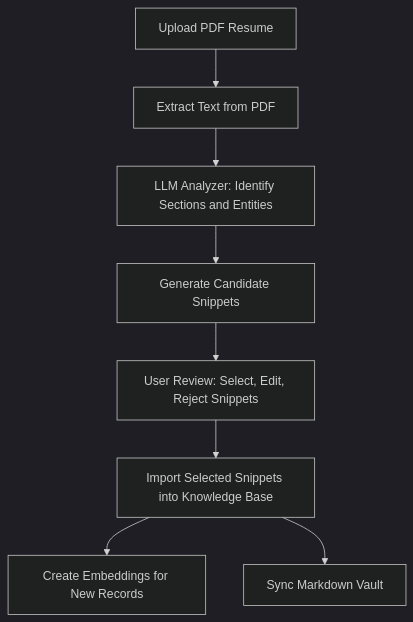
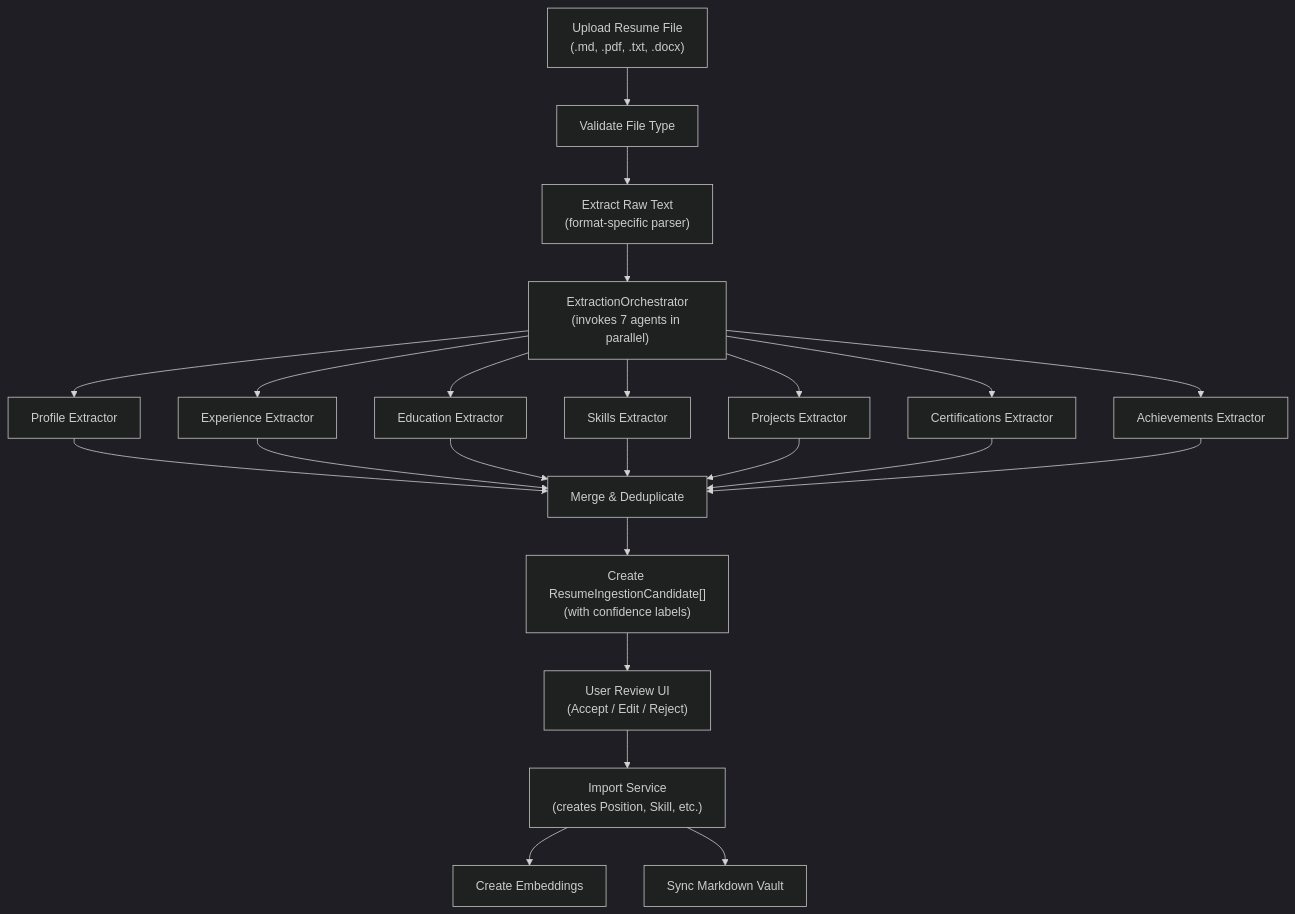
The third of 4 diagrams in docs/04-agent-workflows.md (solki/cv-master), drawn with Mermaid (dark theme) before and after one commit. The commit also changed other lines of this file and 14 other files, not shown here.

First line of the commit message:
fix/remediation-round-2: Resume ingestion — candidate review, LLM extraction design (#2)

````diff
--- a/docs/04-agent-workflows.md
+++ b/docs/04-agent-workflows.md
@@ -193,10 +201,28 @@
 ```mermaid
 flowchart TD
-  Upload["Upload PDF Resume"] --> Extract["Extract Text from PDF"]
-  Extract --> Analyze["LLM Analyzer: Identify Sections and Entities"]
-  Analyze --> Candidates["Generate Candidate Snippets"]
-  Candidates --> Review["User Review: Select, Edit, Reject Snippets"]
-  Review --> Import["Import Selected Snippets into Knowledge Base"]
-  Import --> Embed["Create Embeddings for New Records"]
+  Upload["Upload Resume File\n(.md, .pdf, .txt, .docx)"] --> Validate["Validate File Type"]
+  Validate --> ExtractText["Extract Raw Text\n(format-specific parser)"]
+  ExtractText --> Orchestrator["ExtractionOrchestrator\n(invokes 7 agents in parallel)"]
+
+  Orchestrator --> ProfileAgent["Profile Extractor"]
+  Orchestrator --> ExperienceAgent["Experience Extractor"]
+  Orchestrator --> EducationAgent["Education Extractor"]
+  Orchestrator --> SkillsAgent["Skills Extractor"]
+  Orchestrator --> ProjectsAgent["Projects Extractor"]
+  Orchestrator --> CertAgent["Certifications Extractor"]
+  Orchestrator --> AchieveAgent["Achievements Extractor"]
+
+  ProfileAgent --> Merge["Merge & Deduplicate"]
+  ExperienceAgent --> Merge
+  EducationAgent --> Merge
+  SkillsAgent --> Merge
+  ProjectsAgent --> Merge
+  CertAgent --> Merge
+  AchieveAgent --> Merge
+
+  Merge --> Candidates["Create ResumeIngestionCandidate[]\n(with confidence labels)"]
+  Candidates --> Review["User Review UI\n(Accept / Edit / Reject)"]
+  Review --> Import["Import Service\n(creates Position, Skill, etc.)"]
+  Import --> Embed["Create Embeddings"]
   Import --> Vault["Sync Markdown Vault"]
 ```
````
